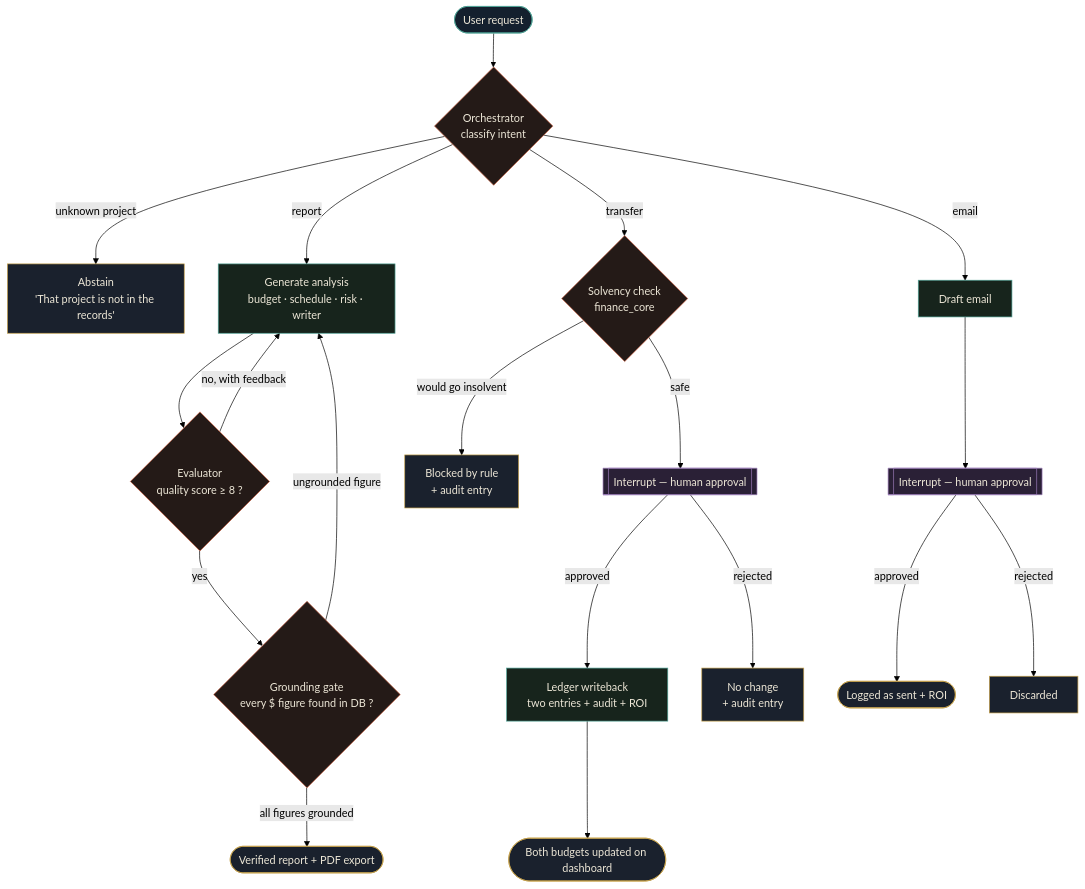
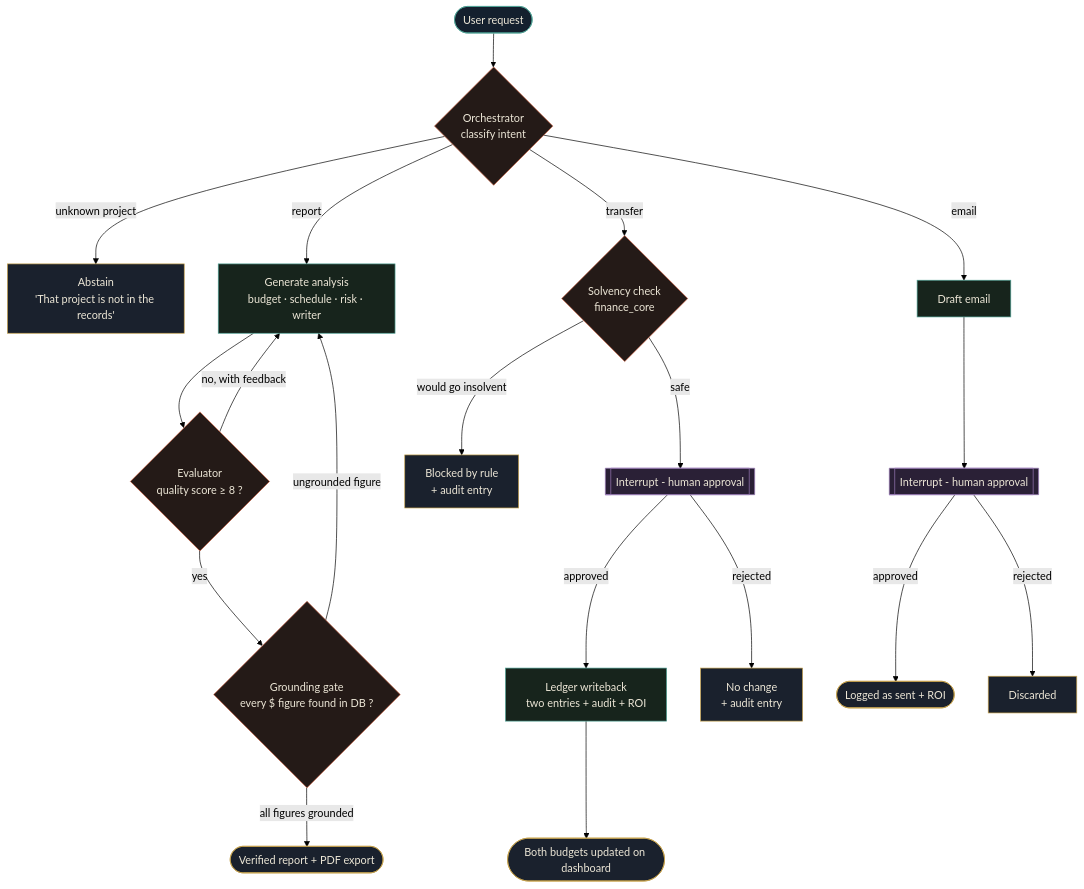
Before and after one commit to SuraSammour12/keystone-construction-ai-command-center: the second of 3 diagrams in README.md, drawn with Mermaid (forest theme). The commit also changed other lines of this file, not shown here.

````diff
--- a/README.md
+++ b/README.md
@@ -164,35 +164,35 @@
 ```mermaid
 flowchart TD
     U([User request]) --> O{Orchestrator<br/>classify intent}
 
     O -->|unknown project| AB["Abstain<br/>'That project is not in the records'"]
 
     O -->|report| RG[Generate analysis<br/>budget · schedule · risk · writer]
     RG --> EV{Evaluator<br/>quality score ≥ 8 ?}
     EV -->|no, with feedback| RG
     EV -->|yes| GV{Grounding gate<br/>every $ figure found in DB ?}
     GV -->|ungrounded figure| RG
     GV -->|all figures grounded| OUT1([Verified report + PDF export])
 
     O -->|transfer| CK{Solvency check<br/>finance_core}
     CK -->|would go insolvent| REJ["Blocked by rule<br/>+ audit entry"]
-    CK -->|safe| H1[[Interrupt — human approval]]
+    CK -->|safe| H1[[Interrupt - human approval]]
     H1 -->|approved| WB[Ledger writeback<br/>two entries + audit + ROI]
     H1 -->|rejected| N1["No change<br/>+ audit entry"]
     WB --> OUT2([Both budgets updated on dashboard])
 
-    O -->|email| DR[Draft email] --> H2[[Interrupt — human approval]]
+    O -->|email| DR[Draft email] --> H2[[Interrupt - human approval]]
     H2 -->|approved| SENT([Logged as sent + ROI])
     H2 -->|rejected| N2[Discarded]
 
     classDef start fill:#14202E,stroke:#4FA396,color:#ECE6D6
     classDef gate fill:#241A17,stroke:#C65A3C,color:#ECE6D6
     classDef act fill:#17241C,stroke:#4FA396,color:#ECE6D6
     classDef hitl fill:#2A2036,stroke:#9B7BB8,color:#ECE6D6
     classDef done fill:#1A212D,stroke:#C7A24C,color:#ECE6D6
     class U start
     class O,EV,GV,CK gate
     class RG,WB,DR act
     class H1,H2 hitl
     class OUT1,OUT2,SENT,AB,REJ,N1,N2 done
 ```
````
